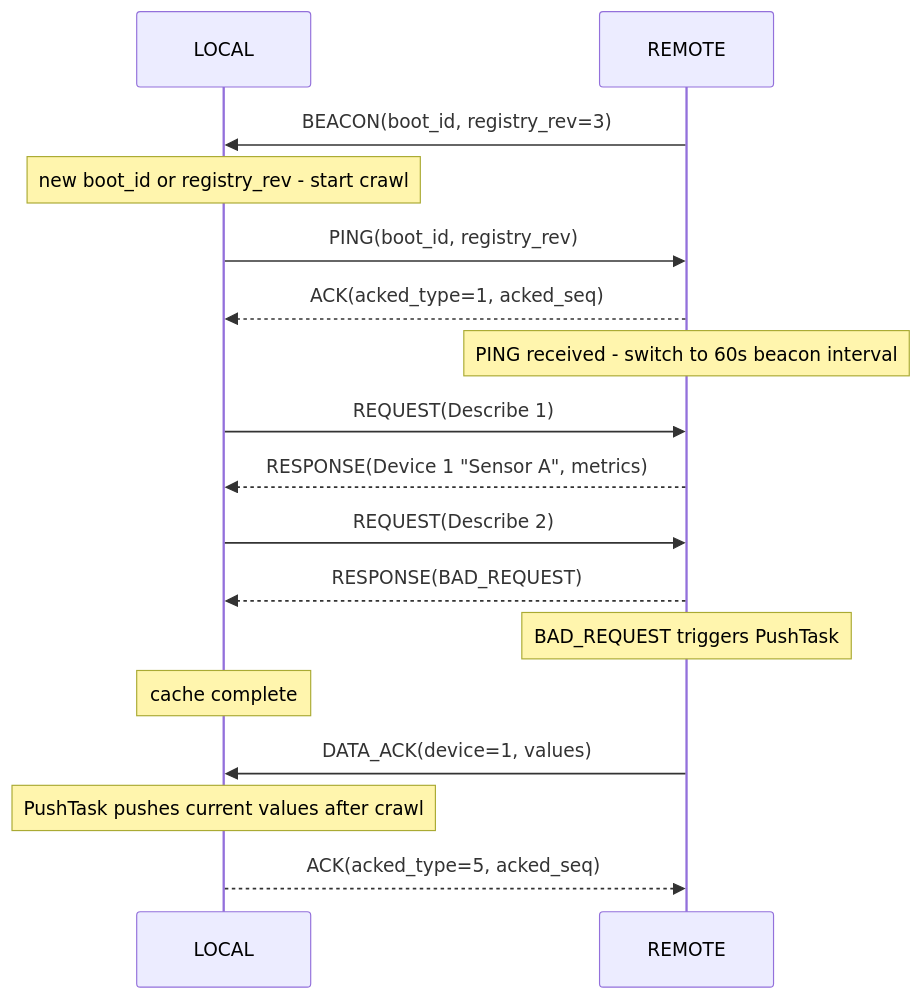
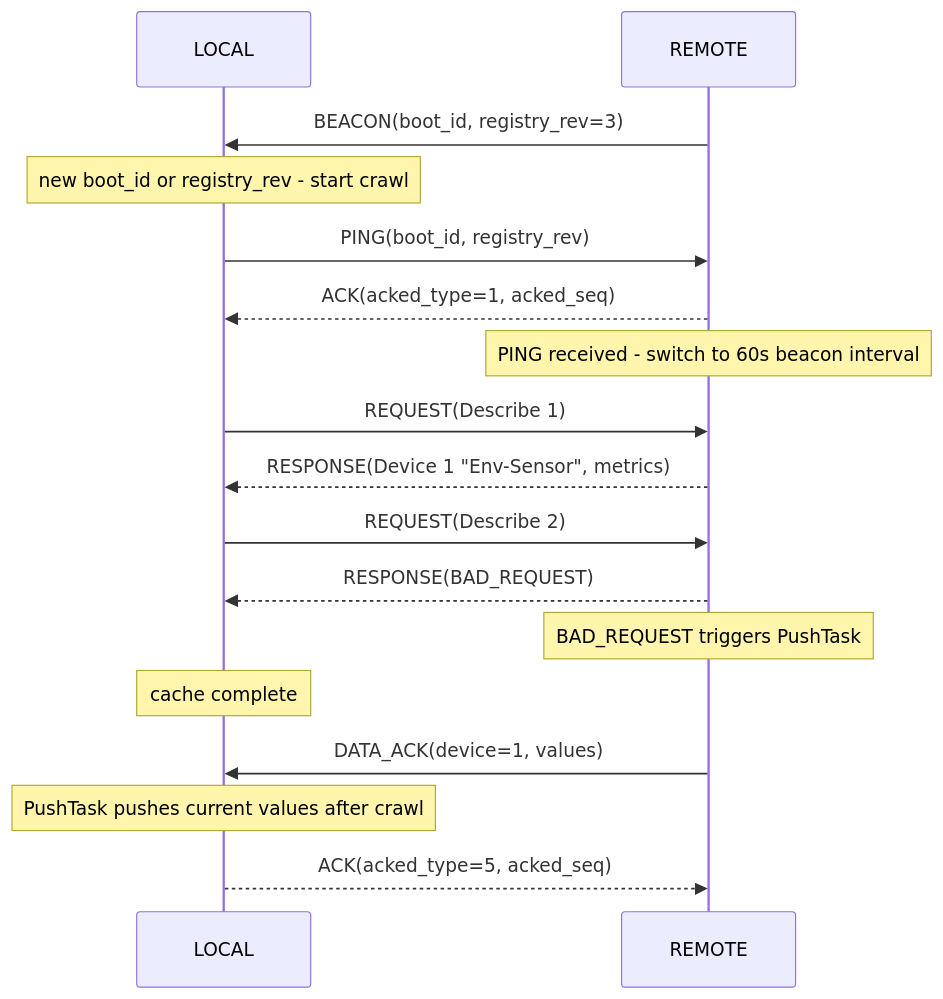
One commit to Warpguru/LoRaIoT changed the third of 9 diagrams in doc/LoRaProtocol.md. Above: the diagram before and after it, drawn with Mermaid. The commit also changed other lines of this file and 20 other files, not shown here.

````diff
--- a/doc/LoRaProtocol.md
+++ b/doc/LoRaProtocol.md
@@ -543,19 +543,19 @@
 ```mermaid
 sequenceDiagram
     participant L as LOCAL
     participant R as REMOTE
     R->>L: BEACON(boot_id, registry_rev=3)
     Note over L: new boot_id or registry_rev - start crawl
     L->>R: PING(boot_id, registry_rev)
     R-->>L: ACK(acked_type=1, acked_seq)
     Note over R: PING received - switch to 60s beacon interval
     L->>R: REQUEST(Describe 1)
-    R-->>L: RESPONSE(Device 1 "Sensor A", metrics)
+    R-->>L: RESPONSE(Device 1 "Env-Sensor", metrics)
     L->>R: REQUEST(Describe 2)
     R-->>L: RESPONSE(BAD_REQUEST)
     Note over R: BAD_REQUEST triggers PushTask
     Note over L: cache complete
     R->>L: DATA_ACK(device=1, values)
     Note over L: PushTask pushes current values after crawl
     L-->>R: ACK(acked_type=5, acked_seq)
 ```
````
